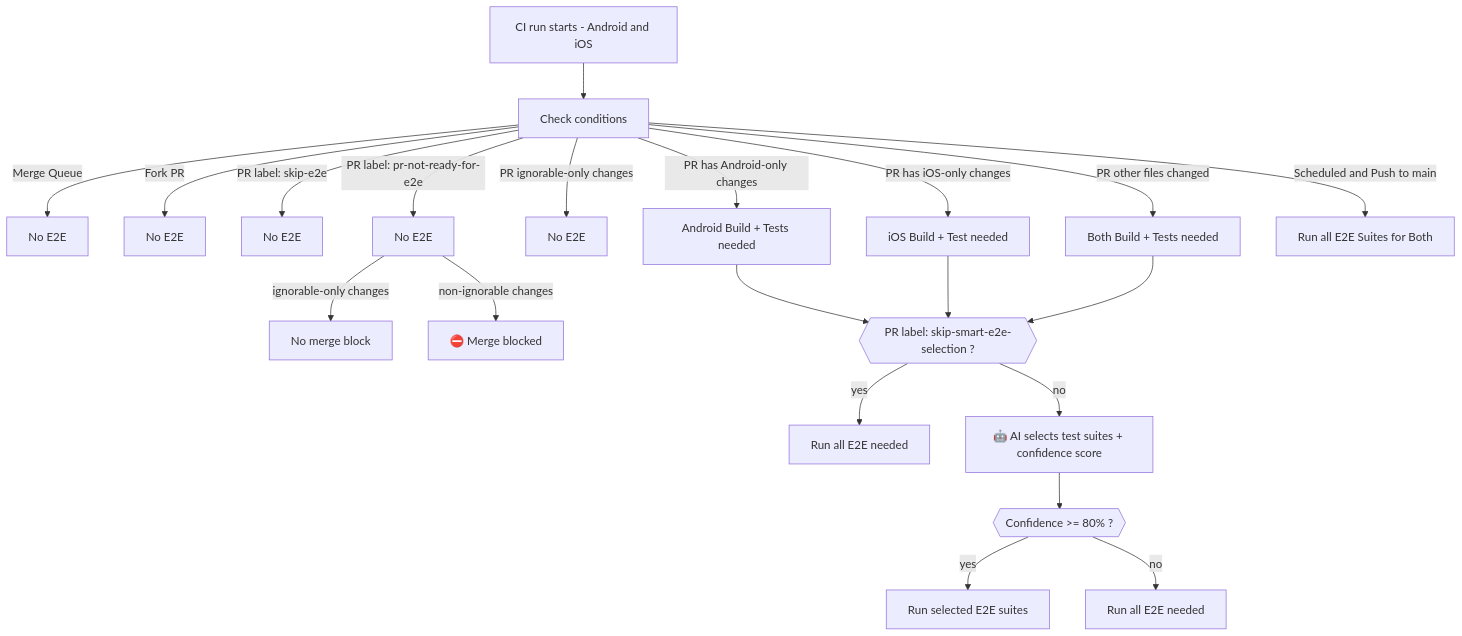
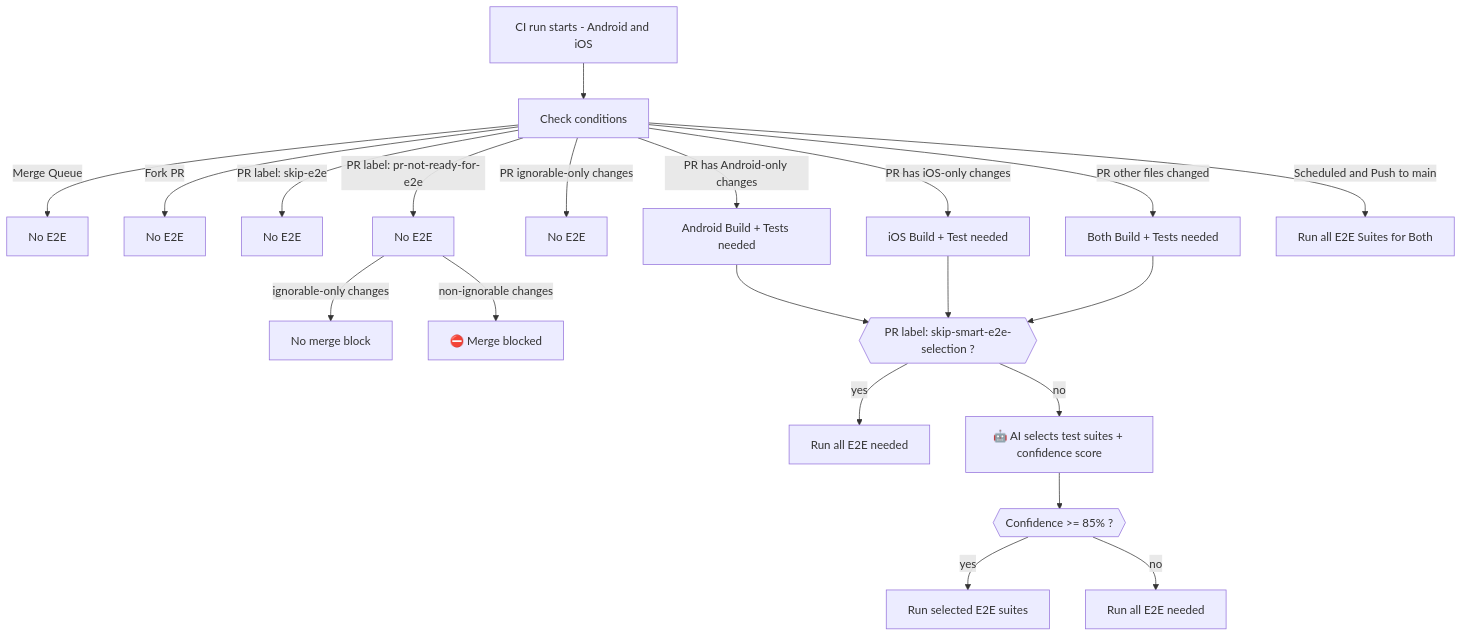
One commit to MetaMask/metamask-mobile changed the diagram in .github/guidelines/E2E_DECISION_TREE.md. Above: the diagram before and after it, drawn with Mermaid. The commit also changed 1 other file, not shown here.

Commit message:
chore: raise smart-e2e-selection confidence threshold from 80% to 85%
Update the AI confidence gate used by smart E2E selection from >= 80 to
>= 85 in four places inside the CI workflow (Android/iOS build-skip
checks and selected-tags expressions) and reflect the new value in the
E2E_DECISION_TREE runbook diagram.

````diff
--- a/.github/guidelines/E2E_DECISION_TREE.md
+++ b/.github/guidelines/E2E_DECISION_TREE.md
@@ -5,22 +5,22 @@
 ```mermaid
 flowchart TD
     CI[CI run starts - Android and iOS] --> GR[Check conditions]
     GR -->|Merge Queue | MQ[No E2E]
     GR -->|Fork PR| FK[No E2E]
     GR -->|PR label: skip-e2e| HS[No E2E]
     GR -->|PR label: pr-not-ready-for-e2e| L2[No E2E]
     L2 -->|ignorable-only changes| NoBlock[No merge block]
     L2 -->|non-ignorable changes| Skip2[⛔️ Merge blocked]
     GR -->|PR ignorable-only changes| Ignorable[No E2E]
     GR -->|PR has Android-only changes| Android[Android Build + Tests needed]
     GR -->|PR has iOS-only changes| iOS[iOS Build + Test needed]
     GR -->|PR other files changed| Both[Both Build + Tests needed]
     GR -->|Scheduled and Push to main | Full[Run all E2E Suites for Both]
 
     Android & iOS & Both --> LABEL{{PR label: skip-smart-e2e-selection ?}}
     LABEL -->|yes| AllTags[Run all E2E needed]
     LABEL -->|no| AI[🤖 AI selects test suites + confidence score]
-    AI --> CONF{{Confidence >= 80% ?}}
+    AI --> CONF{{Confidence >= 85% ?}}
     CONF -->|yes| SelectedTags[Run selected E2E suites]
     CONF -->|no| AllTagsFallback[Run all E2E needed]
 ```
````
